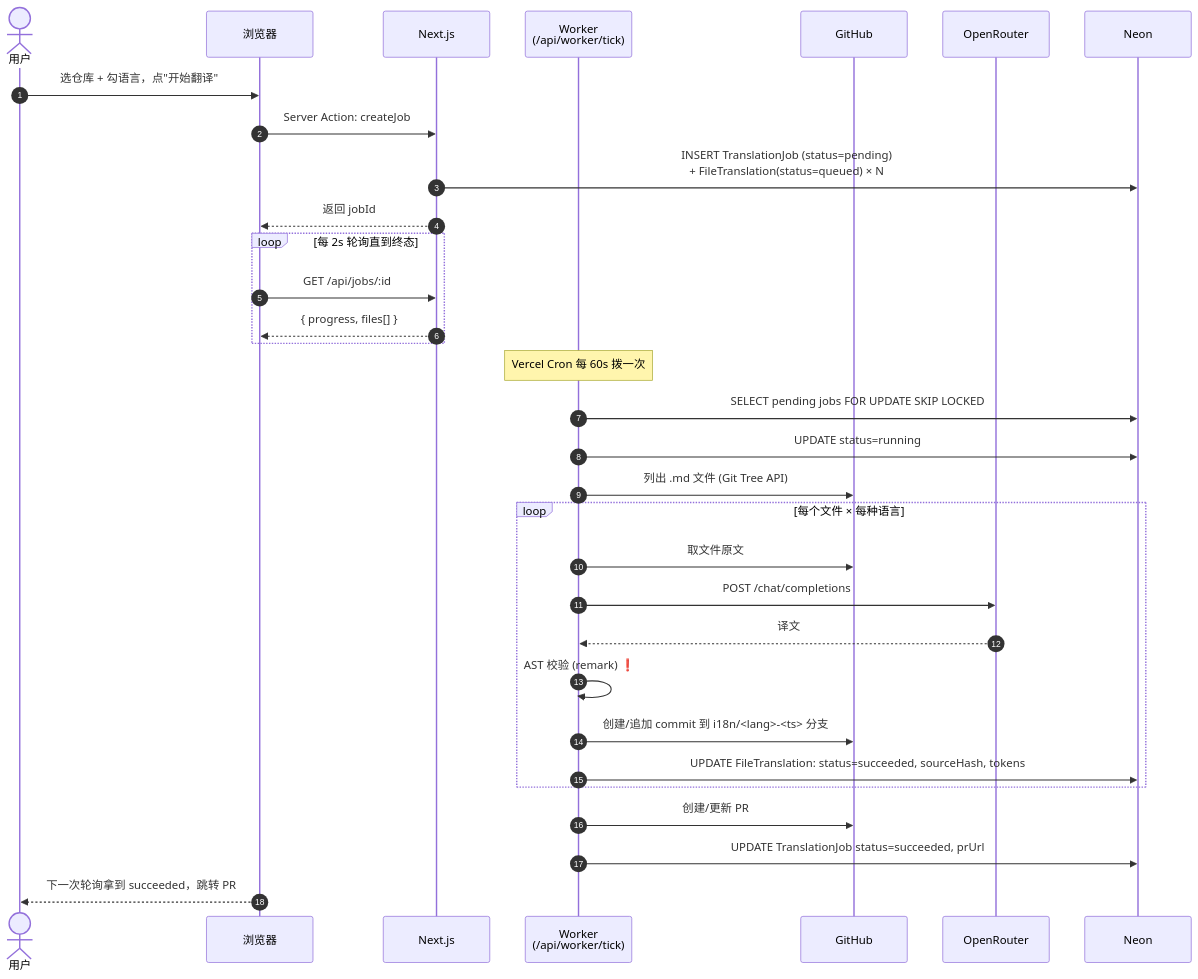
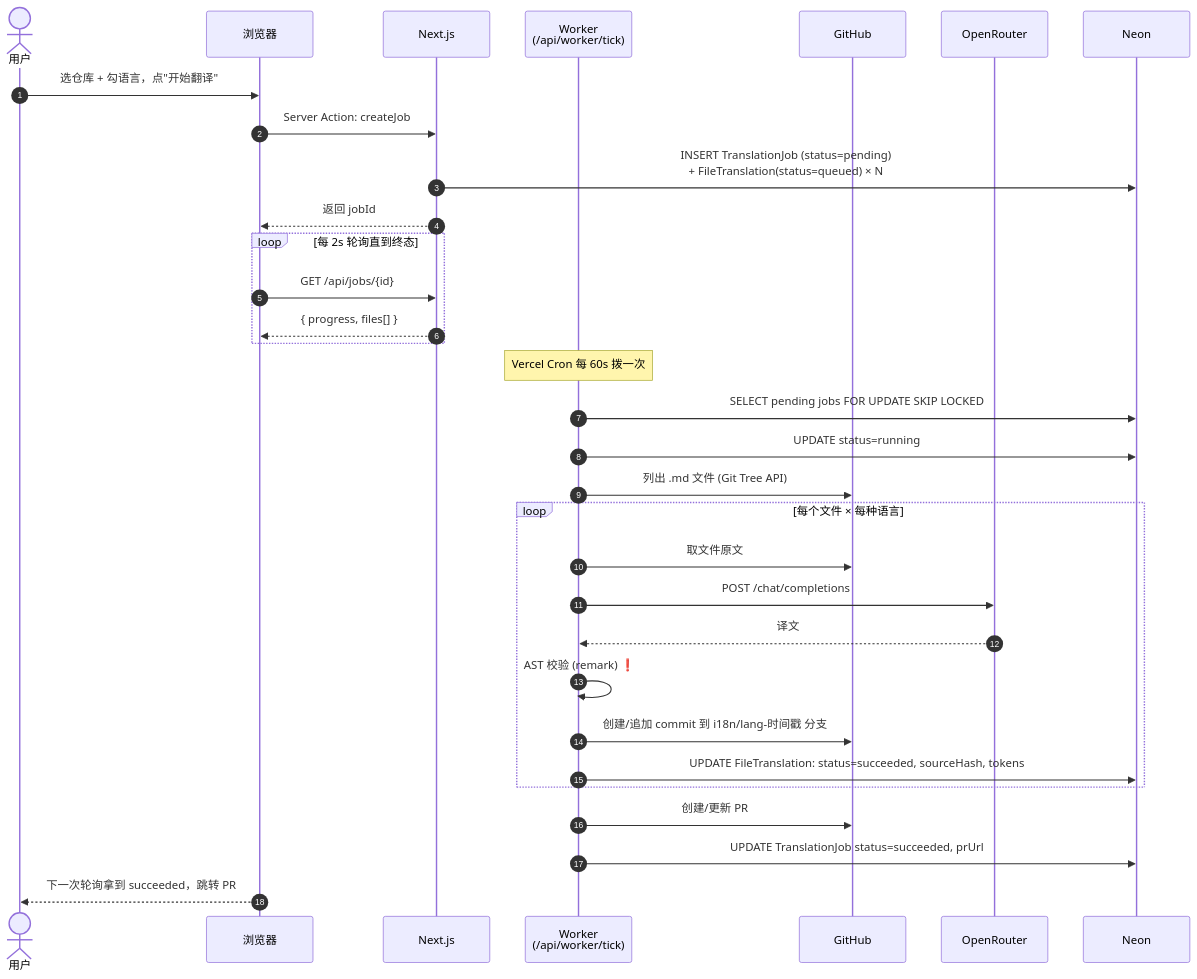
One commit to tryubest/github-global changed the fourth of 12 diagrams in docs/TechDesign.md. Above: the diagram before and after it, drawn with Mermaid. The commit also changed other lines of this file and 1 other file, not shown here.

First line of the commit message:
fix(docs): make Mermaid blocks GitHub-renderable + add mermaid rule

````diff
--- a/docs/TechDesign.md
+++ b/docs/TechDesign.md
@@ -207,36 +207,36 @@
 ```mermaid
 sequenceDiagram
     autonumber
     actor U as 用户
     participant B as 浏览器
     participant N as Next.js
     participant W as Worker<br/>(/api/worker/tick)
     participant GH as GitHub
     participant OR as OpenRouter
     participant DB as Neon
 
     U->>B: 选仓库 + 勾语言，点"开始翻译"
     B->>N: Server Action: createJob
     N->>DB: INSERT TranslationJob (status=pending)<br/>+ FileTranslation(status=queued) × N
     N-->>B: 返回 jobId
     loop 每 2s 轮询直到终态
-        B->>N: GET /api/jobs/:id
+        B->>N: GET /api/jobs/{id}
         N-->>B: { progress, files[] }
     end
 
     Note over W: Vercel Cron 每 60s 拨一次
     W->>DB: SELECT pending jobs FOR UPDATE SKIP LOCKED
     W->>DB: UPDATE status=running
     W->>GH: 列出 .md 文件 (Git Tree API)
     loop 每个文件 × 每种语言
         W->>GH: 取文件原文
         W->>OR: POST /chat/completions
         OR-->>W: 译文
         W->>W: AST 校验 (remark) ❗
-        W->>GH: 创建/追加 commit 到 i18n/<lang>-<ts> 分支
+        W->>GH: 创建/追加 commit 到 i18n/lang-时间戳 分支
         W->>DB: UPDATE FileTranslation: status=succeeded, sourceHash, tokens
     end
     W->>GH: 创建/更新 PR
     W->>DB: UPDATE TranslationJob status=succeeded, prUrl
     B-->>U: 下一次轮询拿到 succeeded，跳转 PR
 ```
````
